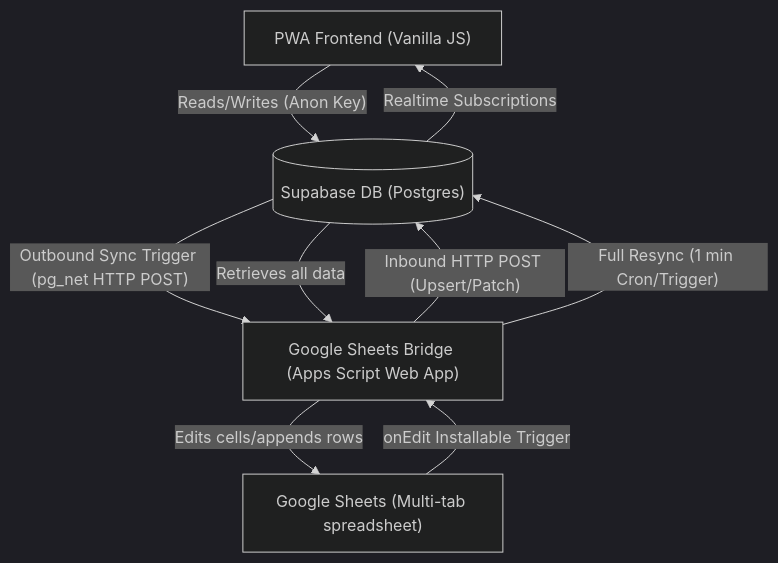
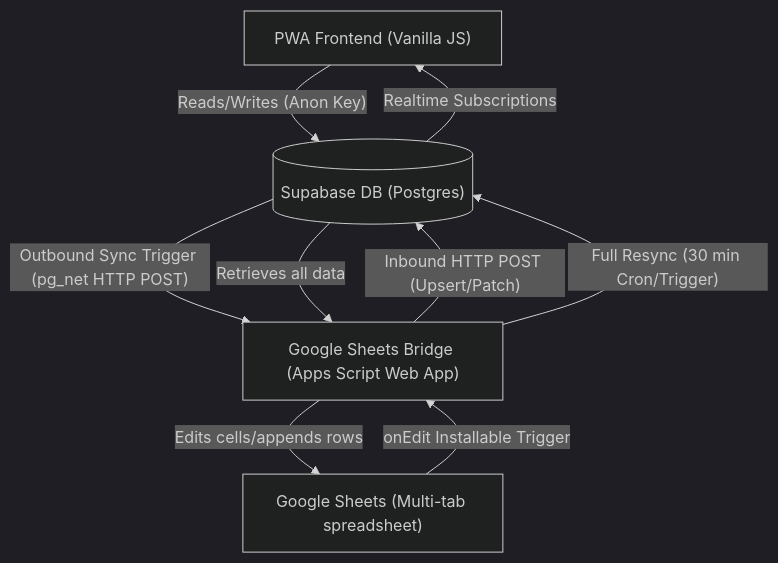
The diagram in CODEBASE_OVERVIEW.md (SaiVardhan2007/nrg-caller), drawn with Mermaid (dark theme) before and after one commit. The commit also changed other lines of this file and 17 other files, not shown here.

````diff
--- a/CODEBASE_OVERVIEW.md
+++ b/CODEBASE_OVERVIEW.md
@@ -55,24 +54,24 @@
 ```mermaid
 graph TD
     %% Nodes
     PWA["PWA Frontend (Vanilla JS)"]
     Supa[("Supabase DB (Postgres)")]
     GAS["Google Sheets Bridge (Apps Script Web App)"]
     Sheets["Google Sheets (Multi-tab spreadsheet)"]
 
     %% Flow: User Actions
     PWA --"Reads/Writes (Anon Key)"--> Supa
     Supa --"Realtime Subscriptions"--> PWA
 
     %% Flow: Supabase to Sheets (Outbound Webhooks)
     Supa --"Outbound Sync Trigger (pg_net HTTP POST)"--> GAS
     GAS --"Edits cells/appends rows"--> Sheets
 
     %% Flow: Sheets to Supabase (Inbound Triggers)
     Sheets --"onEdit Installable Trigger"--> GAS
     GAS --"Inbound HTTP POST (Upsert/Patch)"--> Supa
 
     %% Flow: Self-Healing Sync
-    GAS --"Full Resync (1 min Cron/Trigger)"--> Supa
+    GAS --"Full Resync (30 min Cron/Trigger)"--> Supa
     Supa --"Retrieves all data"--> GAS
 ```
````
